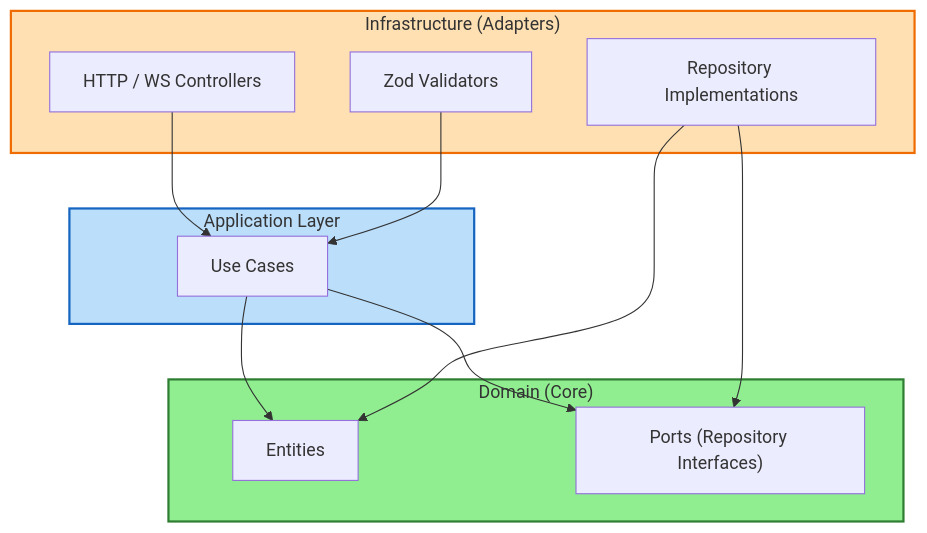
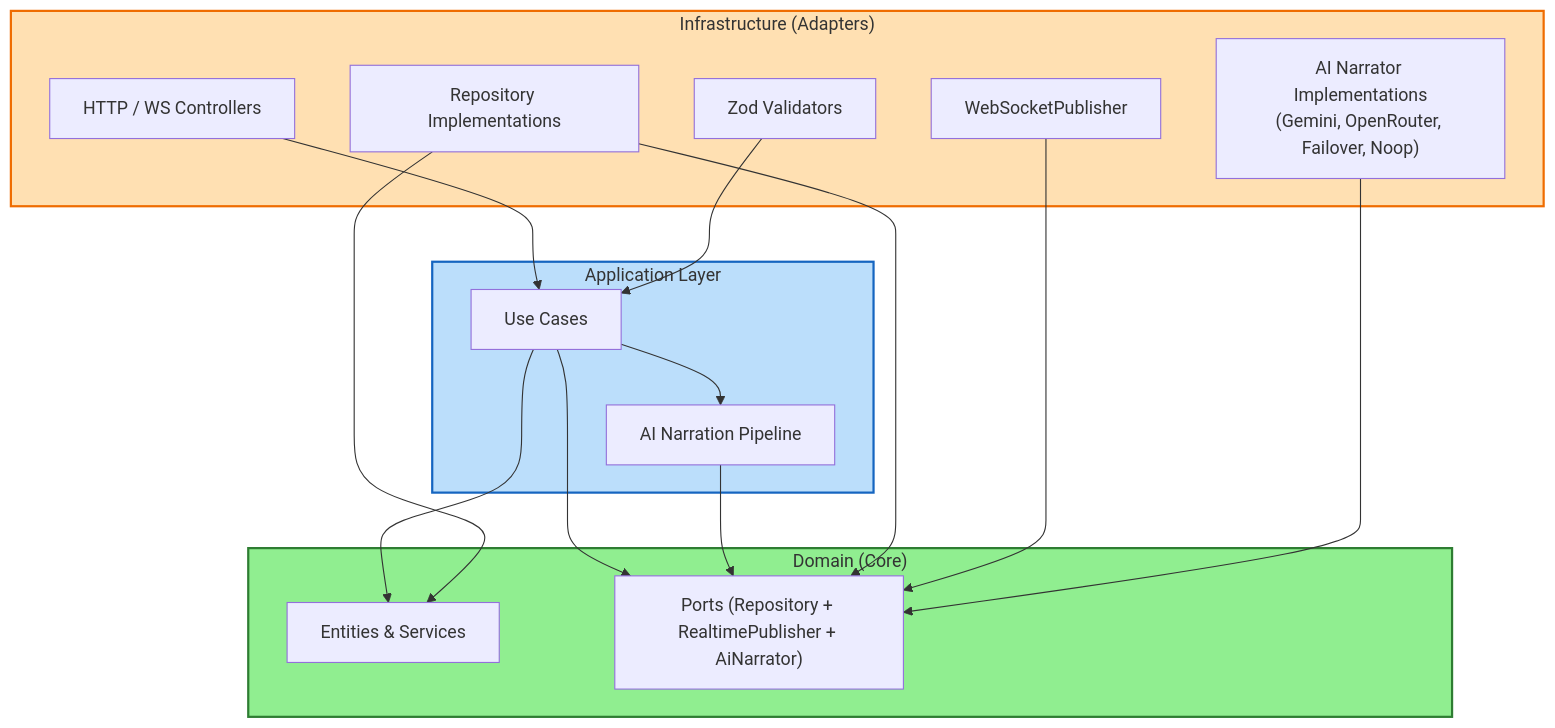
The third of 6 diagrams in backend/docs/architecture.md (MohamedAljoke/social-deduction-game), drawn with Mermaid before and after one commit. The commit also changed other lines of this file and 21 other files, not shown here.

````diff
--- a/backend/docs/architecture.md
+++ b/backend/docs/architecture.md
@@ -135,36 +186,43 @@
 ```mermaid
 flowchart TB
 
     %% ========= DOMAIN =========
     subgraph DOMAIN["Domain (Core)"]
-        Entities["Entities"]
-        Ports["Ports (Repository Interfaces)"]
+        Entities["Entities & Services"]
+        Ports["Ports (Repository + RealtimePublisher + AiNarrator)"]
     end
 
     %% ========= APPLICATION =========
     subgraph APPLICATION["Application Layer"]
         UseCases["Use Cases"]
+        NarrationPipeline["AI Narration Pipeline"]
     end
 
     %% ========= INFRASTRUCTURE =========
     subgraph INFRASTRUCTURE["Infrastructure (Adapters)"]
         Controllers["HTTP / WS Controllers"]
         RepoImpl["Repository Implementations"]
+        WSPublisher["WebSocketPublisher"]
+        AIImpl["AI Narrator Implementations<br/>(Gemini, OpenRouter, Failover, Noop)"]
         Validators["Zod Validators"]
     end
 
     %% ========= DEPENDENCY RULE =========
     UseCases --> Entities
     UseCases --> Ports
+    UseCases --> NarrationPipeline
+    NarrationPipeline --> Ports
 
     Controllers --> UseCases
     Validators --> UseCases
 
     RepoImpl --> Ports
     RepoImpl --> Entities
+    WSPublisher --> Ports
+    AIImpl --> Ports
 
     %% ========= STYLING =========
     style DOMAIN fill:#90EE90,stroke:#2e7d32,stroke-width:2px
     style APPLICATION fill:#BBDEFB,stroke:#1565C0,stroke-width:2px
     style INFRASTRUCTURE fill:#FFE0B2,stroke:#EF6C00,stroke-width:2px
 ```
````
